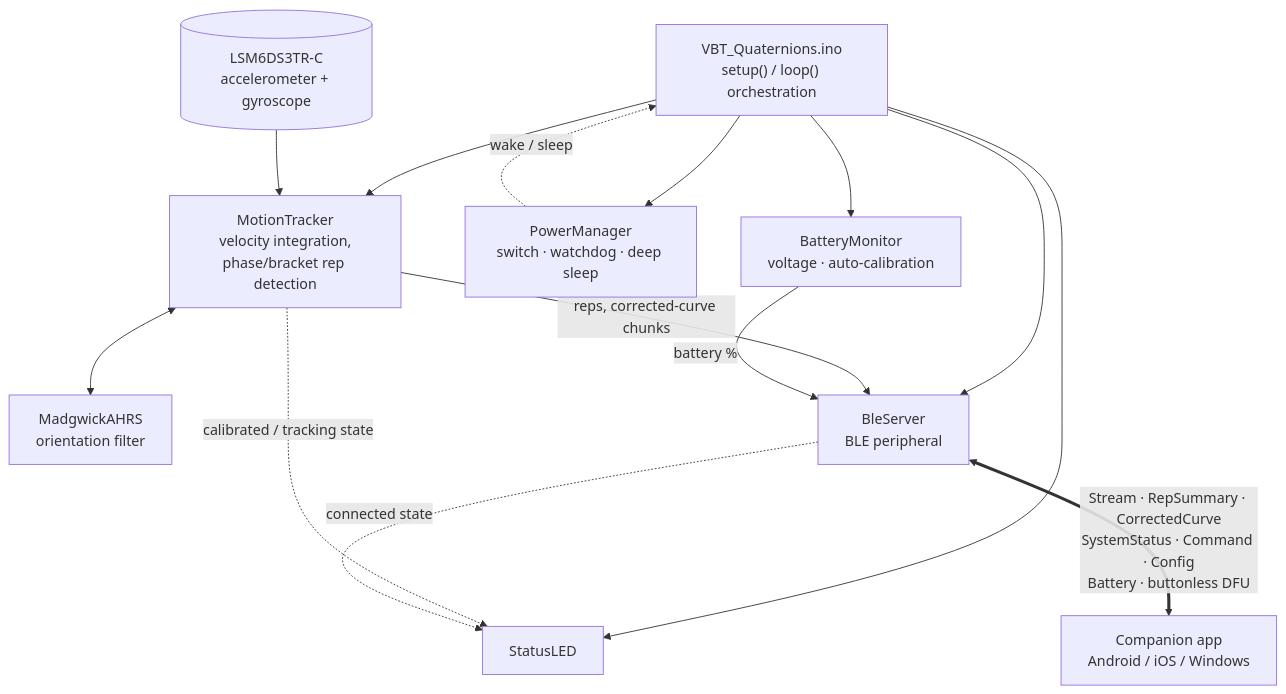
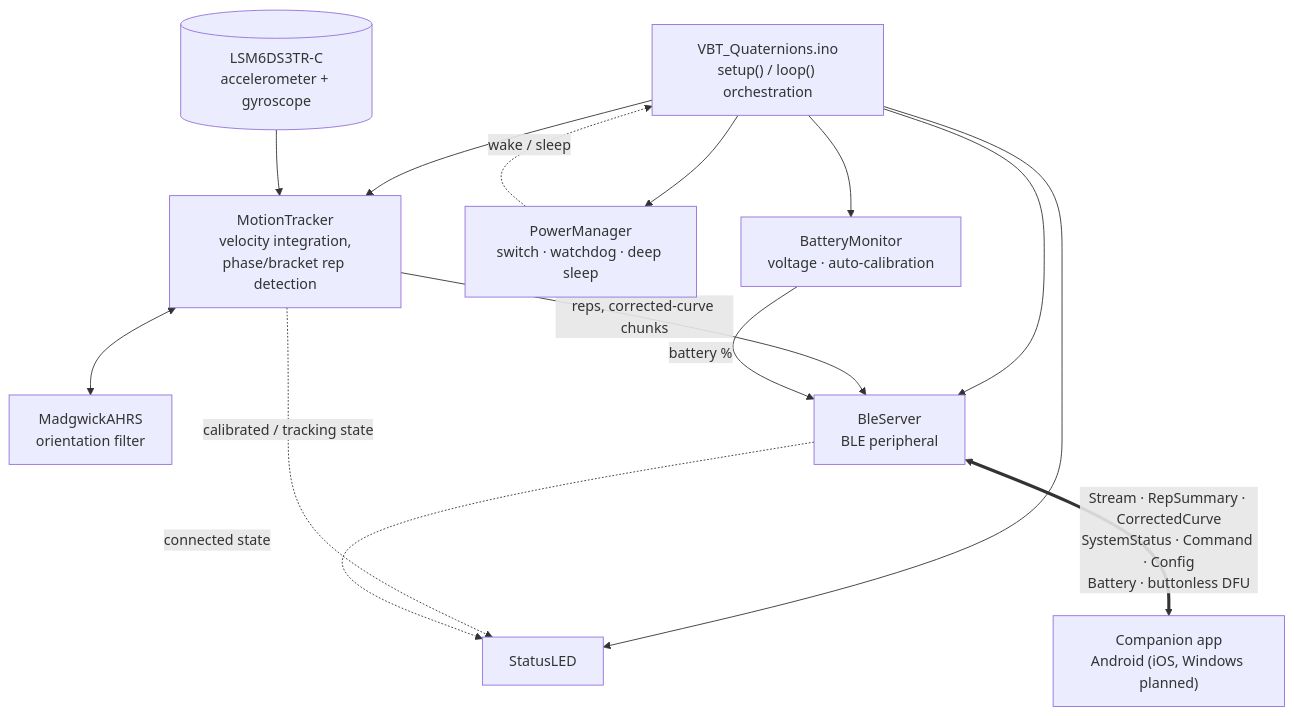
Before and after one commit to ODKI-tech/ODKI-VBT: the diagram in Firmware/DOCUMENTATION.md, drawn with Mermaid. The commit also changed other lines of this file and 8 other files, not shown here.

````diff
--- a/Firmware/DOCUMENTATION.md
+++ b/Firmware/DOCUMENTATION.md
@@ -32,29 +32,29 @@
 ```mermaid
 flowchart TB
     ORCH["VBT_Quaternions.ino<br/>setup() / loop() orchestration"]
 
     IMU[("LSM6DS3TR-C<br/>accelerometer + gyroscope")]
     MADG["MadgwickAHRS<br/>orientation filter"]
     MT["MotionTracker<br/>velocity integration,<br/>phase/bracket rep detection"]
     PM["PowerManager<br/>switch · watchdog · deep sleep"]
     BATT["BatteryMonitor<br/>voltage · auto-calibration"]
     LED["StatusLED"]
     BLE["BleServer<br/>BLE peripheral"]
 
     ORCH --> PM
     ORCH --> BATT
     ORCH --> MT
     ORCH --> LED
     ORCH --> BLE
 
     IMU --> MT
     MT <--> MADG
 
     MT -- "reps, corrected-curve chunks" --> BLE
     BATT -- "battery %" --> BLE
     PM -. "wake / sleep" .-> ORCH
     MT -. "calibrated / tracking state" .-> LED
     BLE -. "connected state" .-> LED
 
-    BLE <==>|"Stream · RepSummary · CorrectedCurve<br/>SystemStatus · Command · Config<br/>Battery · buttonless DFU"| APP["Companion app<br/>Android / iOS / Windows"]
+    BLE <==>|"Stream · RepSummary · CorrectedCurve<br/>SystemStatus · Command · Config<br/>Battery · buttonless DFU"| APP["Companion app<br/>Android (iOS, Windows planned)"]
 ```
````
